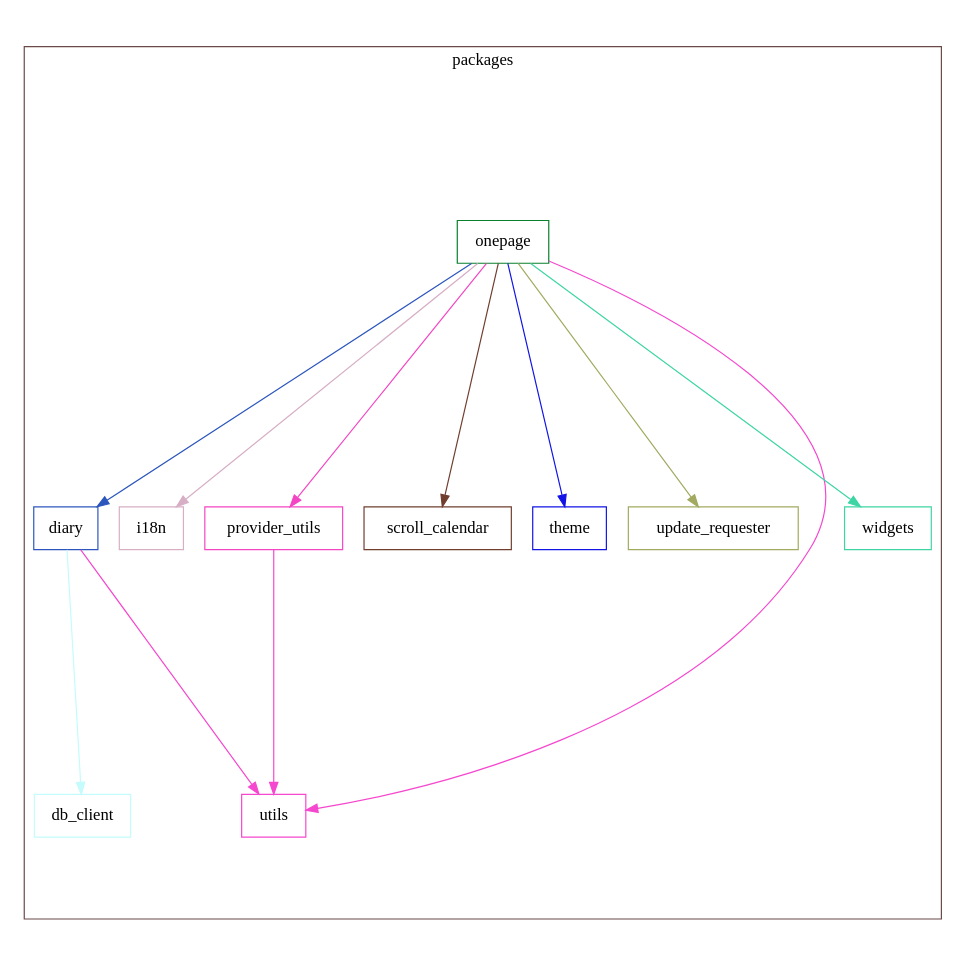
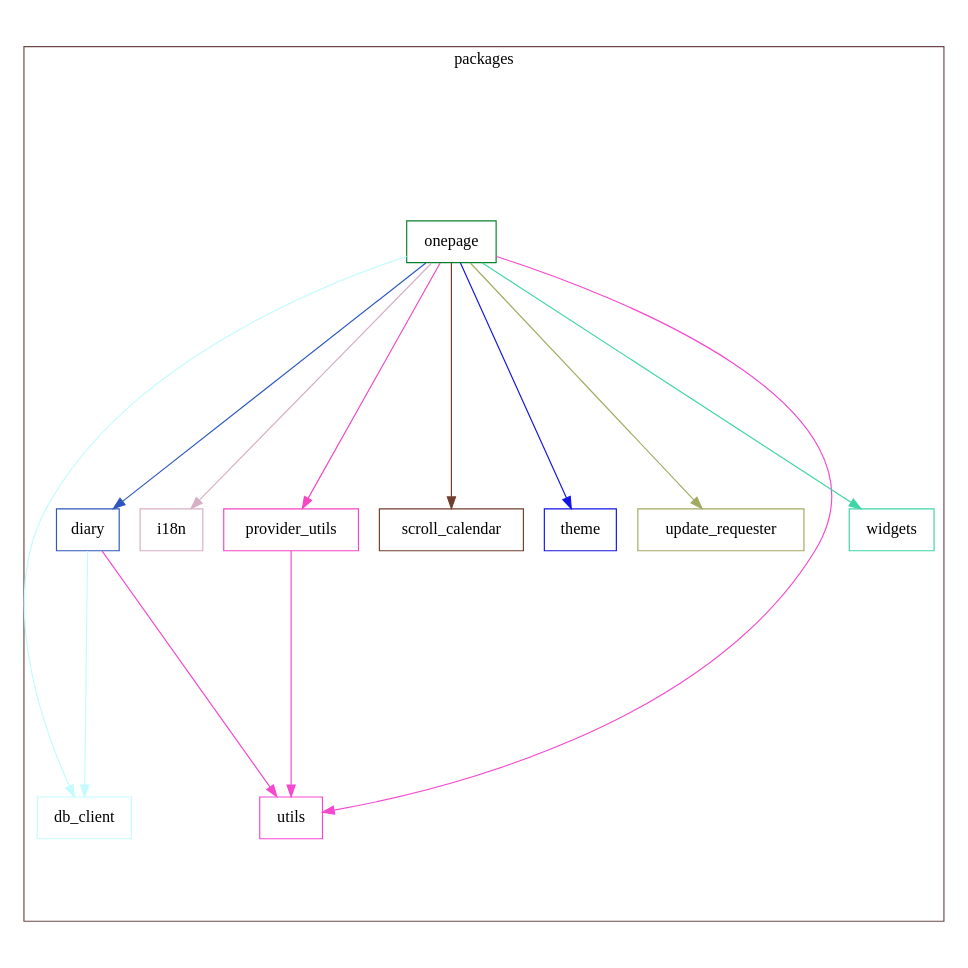
One commit to naipaka/onepage changed the diagram in docs/dependency_graph.dot. Above: the diagram before and after it, drawn with Graphviz. The commit also changed 1 other file, not shown here.

Commit message:
Update Dependency Graph and SVG image (#16)

```diff
--- a/docs/dependency_graph.dot
+++ b/docs/dependency_graph.dot
@@ -1,38 +1,39 @@
 digraph packages {
   size="10"; ratio=fill;
   db_client [shape="box"; color="#c4fbfc"];
   diary [shape="box"; color="#2c56bd"];
   i18n [shape="box"; color="#d7afc5"];
   onepage [shape="box"; color="#08802d"];
   provider_utils [shape="box"; color="#f445c4"];
   scroll_calendar [shape="box"; color="#713e2e"];
   theme [shape="box"; color="#1214e6"];
   update_requester [shape="box"; color="#a2aa60"];
   utils [shape="box"; color="#f548cf"];
   widgets [shape="box"; color="#3ed5a4"];
   diary -> db_client [style="filled"; color="#c4fbfc"];
   diary -> utils [style="filled"; color="#f548cf"];
+  onepage -> db_client [style="filled"; color="#c4fbfc"];
   onepage -> diary [style="filled"; color="#2c56bd"];
   onepage -> i18n [style="filled"; color="#d7afc5"];
   onepage -> provider_utils [style="filled"; color="#f445c4"];
   onepage -> scroll_calendar [style="filled"; color="#713e2e"];
   onepage -> theme [style="filled"; color="#1214e6"];
   onepage -> update_requester [style="filled"; color="#a2aa60"];
   onepage -> utils [style="filled"; color="#f548cf"];
   onepage -> widgets [style="filled"; color="#3ed5a4"];
   provider_utils -> utils [style="filled"; color="#f548cf"];
   subgraph "cluster packages" {
     label="packages";
     color="#6b4949";
     db_client;
     diary;
     i18n;
     onepage;
     provider_utils;
     scroll_calendar;
     theme;
     update_requester;
     utils;
     widgets;
   }
 }
```
